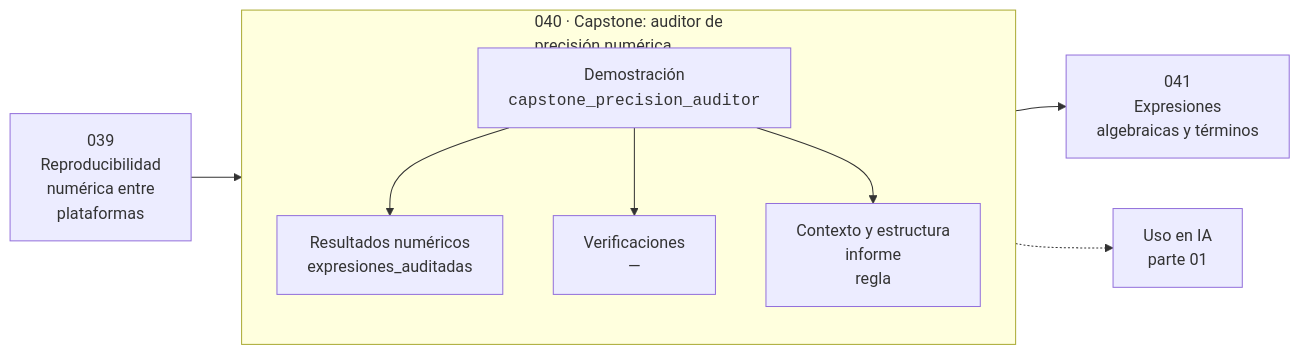
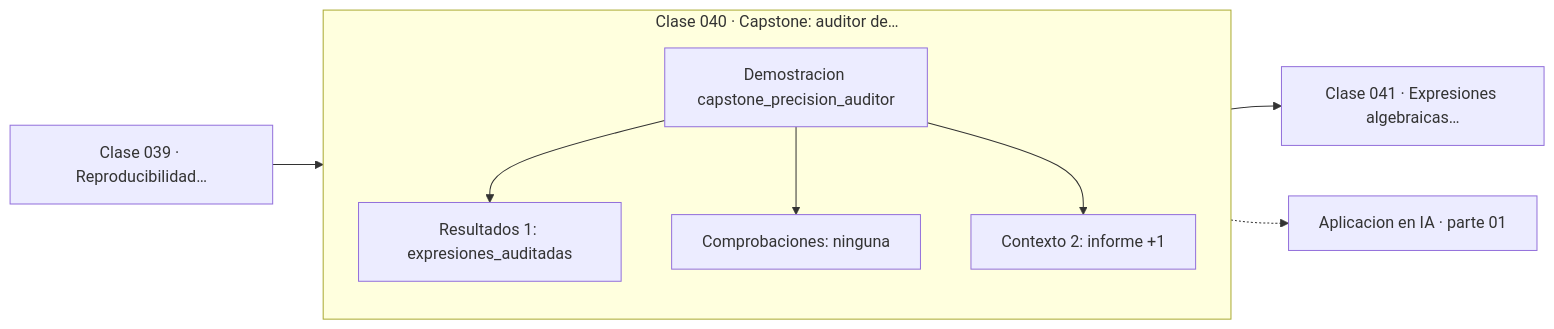
The diagram in classes/part-01-aritmetica-computacional-y-representacion-numerica/040-capstone-auditor-de-precision-numerica/README.md (vladimiracunadev-create/computational-mathematics-program), drawn with Mermaid before and after one commit. The commit also changed 389 other files, not shown here.

First line of the commit message:
fix(diagramas): elimina el HTML de las etiquetas Mermaid

````diff
--- a/classes/part-01-aritmetica-computacional-y-representacion-numerica/040-capstone-auditor-de-precision-numerica/README.md
+++ b/classes/part-01-aritmetica-computacional-y-representacion-numerica/040-capstone-auditor-de-precision-numerica/README.md
@@ -35,12 +35,13 @@
 ```mermaid
 flowchart LR
-    P["039<br/>Reproducibilidad<br/>numérica entre<br/>plataformas"] --> C
-    subgraph C["040 · Capstone: auditor de<br/>precisión numérica"]
+    P["Clase 039 · Reproducibilidad…"] --> D
+    subgraph CLASE["Clase 040 · Capstone: auditor de…"]
         direction TB
-        D["Demostración<br/><code>capstone_precision_auditor</code>"] --> R["Resultados numéricos<br/>expresiones_auditadas"]
-        D --> V["Verificaciones<br/>—"]
-        D --> O["Contexto y estructura<br/>informe<br/>regla"]
+        D["Demostracion capstone_precision_auditor"]
+        D --> R["Resultados 1: expresiones_auditadas"]
+        D --> V["Comprobaciones: ninguna"]
+        D --> O["Contexto 2: informe +1"]
     end
-    C --> N["041<br/>Expresiones<br/>algebraicas y términos"]
-    C -.-> IA["Uso en IA<br/>parte 01"]
+    R --> N["Clase 041 · Expresiones algebraicas…"]
+    V -.-> IA["Aplicacion en IA · parte 01"]
 ```
````
